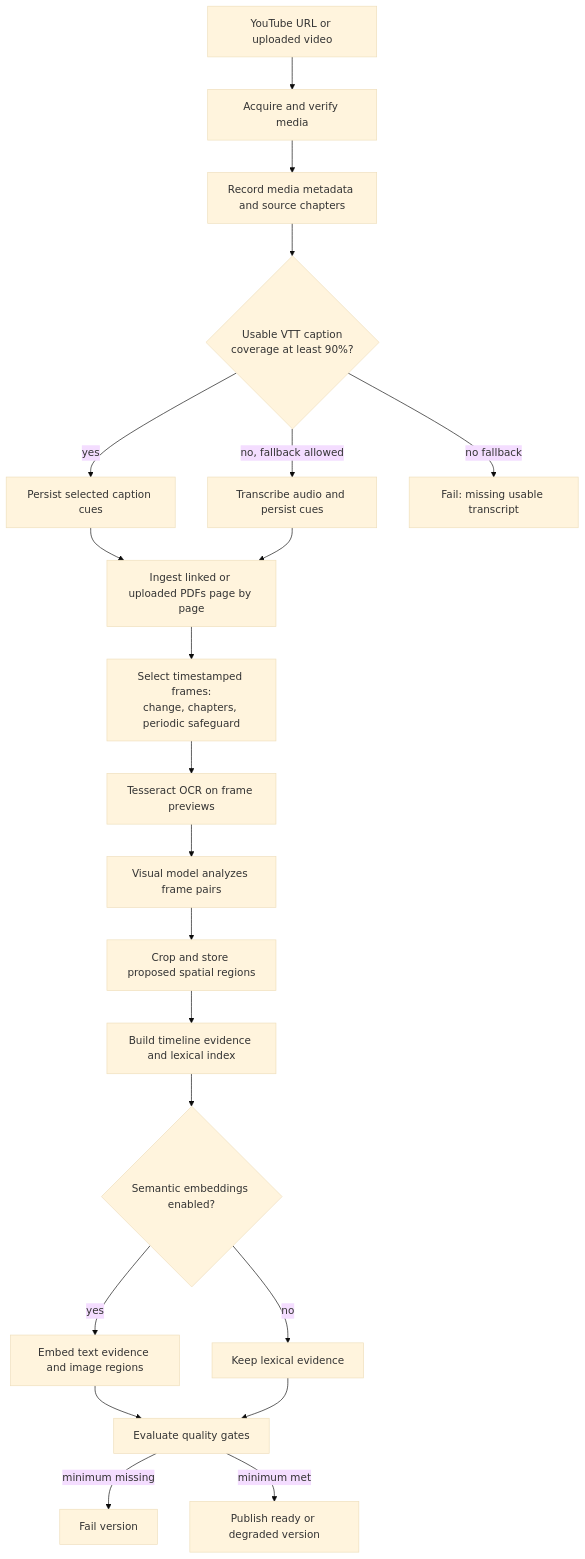
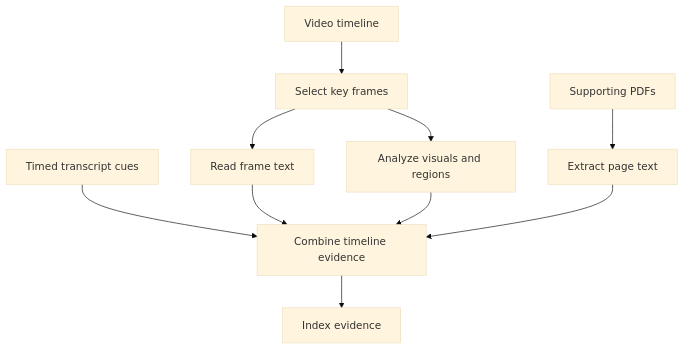
The sixth of 7 diagrams in docs/ingestion.md (rabhishek100/agentic_study_partner), drawn with Mermaid (base theme) before and after one commit. The commit also changed other lines of this file and 9 other files, not shown here.

Commit message:
Consolidate concise feature and architecture documentation

````diff
--- a/docs/ingestion.md
+++ b/docs/ingestion.md
@@ -130,23 +118,12 @@
 ```mermaid
 flowchart TD
-    A[YouTube URL or uploaded video] --> B[Acquire and verify media]
-    B --> C[Record media metadata and source chapters]
-    C --> D{Usable VTT caption<br/>coverage at least 90%?}
-    D -->|yes| E[Persist selected caption cues]
-    D -->|no, fallback allowed| F[Transcribe audio and persist cues]
-    D -->|no fallback| X[Fail: missing usable transcript]
-    E --> G[Ingest linked or uploaded PDFs page by page]
-    F --> G
-    G --> H[Select timestamped frames:<br/>change, chapters, periodic safeguard]
-    H --> I[Tesseract OCR on frame previews]
-    I --> J[Visual model analyzes frame pairs]
-    J --> K[Crop and store proposed spatial regions]
-    K --> L[Build timeline evidence and lexical index]
-    L --> M{Semantic embeddings enabled?}
-    M -->|yes| N[Embed text evidence and image regions]
-    M -->|no| O[Keep lexical evidence]
-    N --> P[Evaluate quality gates]
-    O --> P
-    P -->|minimum missing| Y[Fail version]
-    P -->|minimum met| Q[Publish ready or degraded version]
+    V[Video timeline] --> F[Select key frames]
+    F --> O[Read frame text]
+    F --> M[Analyze visuals and regions]
+    P[Supporting PDFs] --> D[Extract page text]
+    T[Timed transcript cues] --> E[Combine timeline evidence]
+    O --> E
+    M --> E
+    D --> E
+    E --> I[Index evidence]
 ```
````
